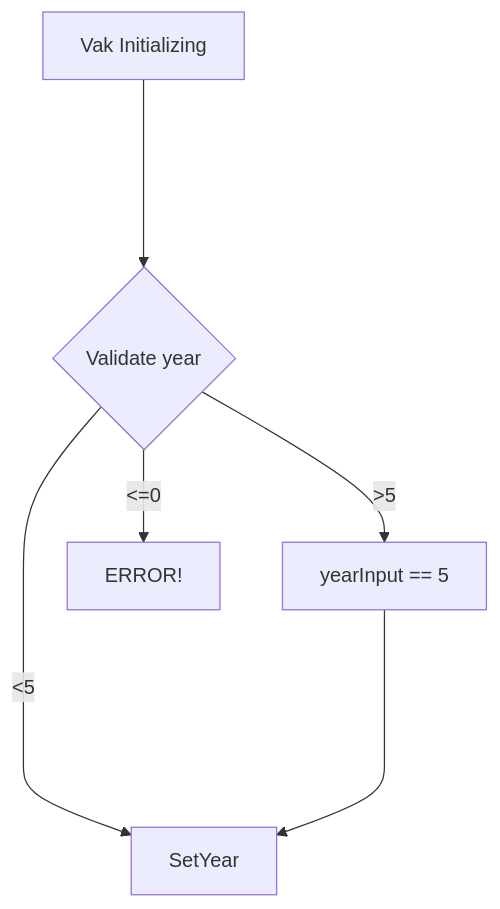
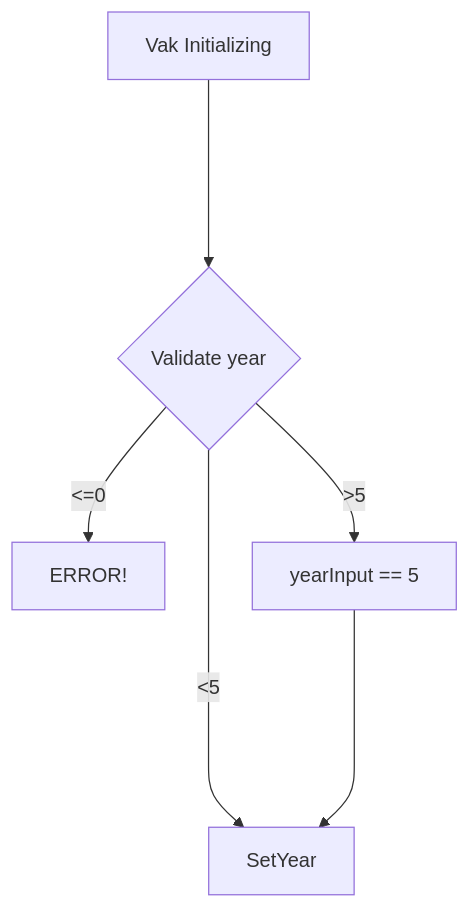
One commit to RockFreakRickerd/SameCodeDifferentLanguagues changed the first of 2 diagrams in SchoolSystem/README.md. Above: the diagram before and after it, drawn with Mermaid. The commit also changed other lines of this file, not shown here.

````diff
--- a/SchoolSystem/README.md
+++ b/SchoolSystem/README.md
@@ -9,8 +9,8 @@
 ```mermaid
 flowchart TD
   A[Vak Initializing] ----> B{Validate year};
+  B -- <=0 --> D[ERROR!];
   B -- >5 --> C[yearInput == 5];
-  B -- <=0 --> D[ERROR!];
   B -- <5 --> E[SetYear]
   C ----> E[SetYear]
 ```
````
